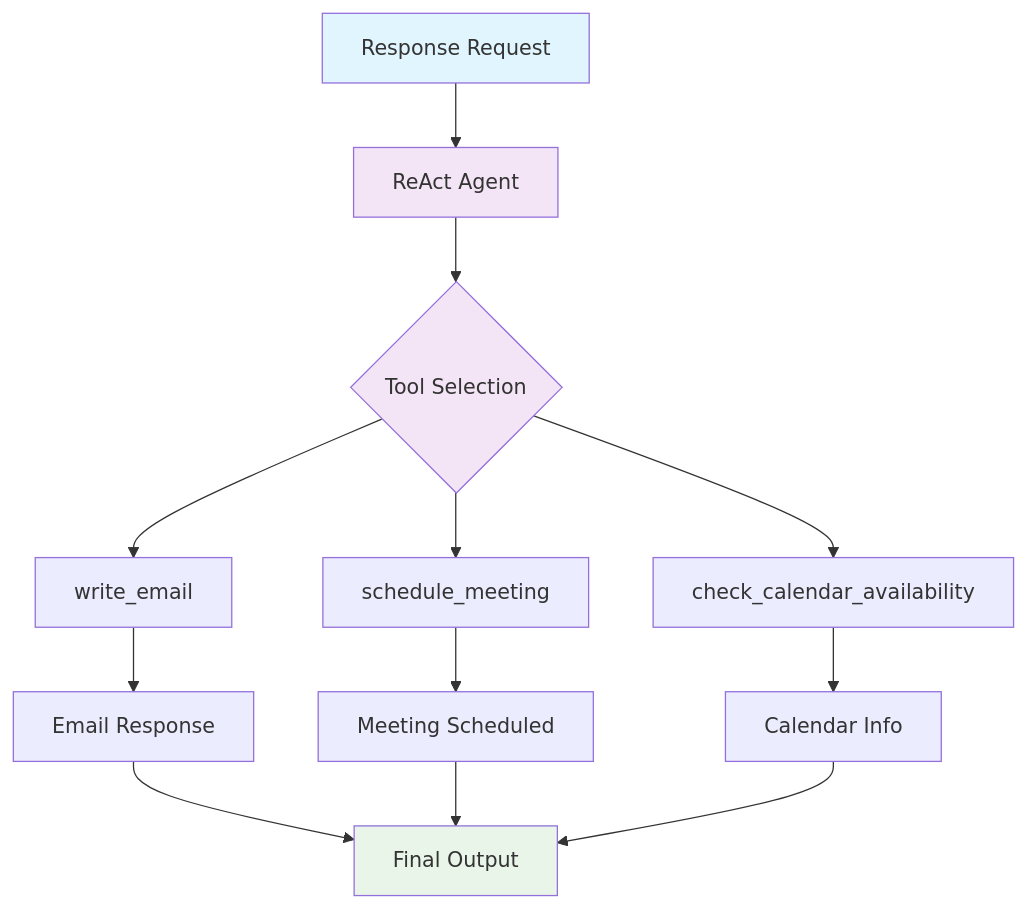
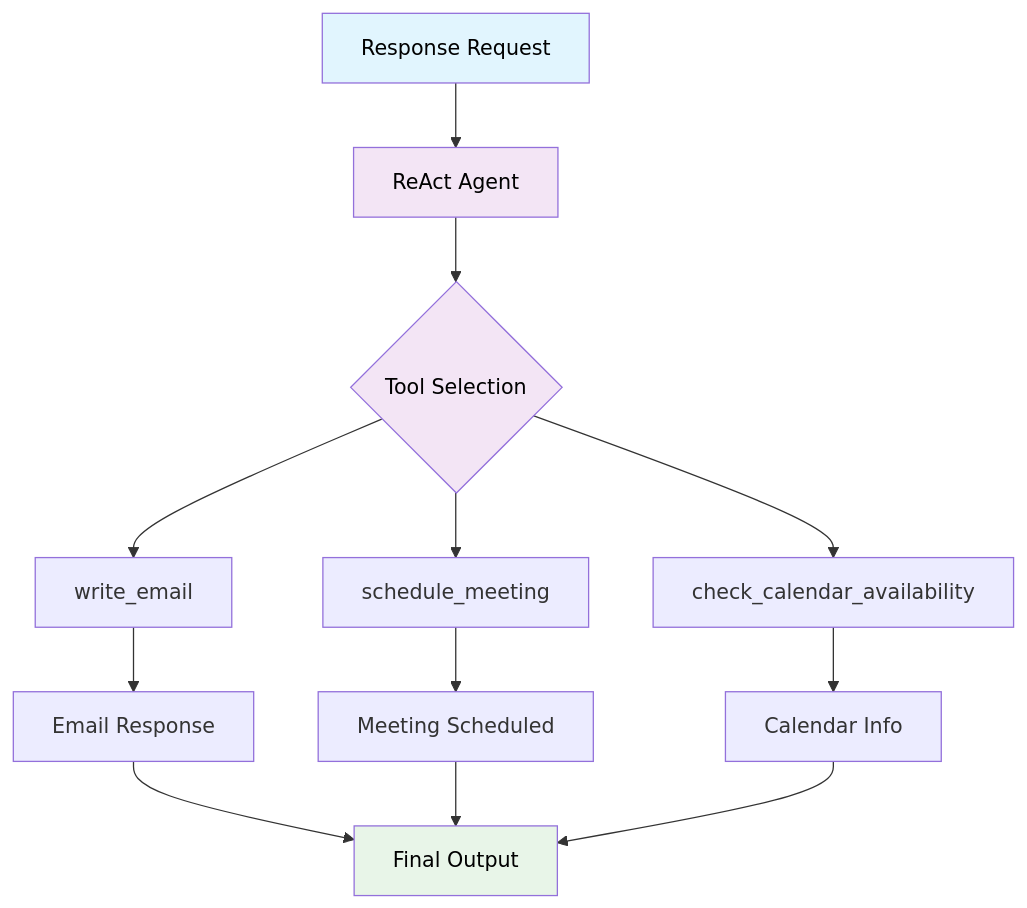
The third of 5 diagrams in LangGraph_Long_Term_Agentic_Memory/2_Baseline_Email_Assistant.md (TaegyunHa/LangChain), drawn with Mermaid before and after one commit. The commit also changed other lines of this file and 11 other files, not shown here.

````diff
--- a/LangGraph_Long_Term_Agentic_Memory/2_Baseline_Email_Assistant.md
+++ b/LangGraph_Long_Term_Agentic_Memory/2_Baseline_Email_Assistant.md
@@ -226,22 +226,22 @@
 ```mermaid
 flowchart TD
     A[Response Request] --> B[ReAct Agent]
     B --> C{Tool Selection}
     
     C --> D[write_email]
     C --> E[schedule_meeting]
     C --> F[check_calendar_availability]
     
     D --> G[Email Response]
     E --> H[Meeting Scheduled]
     F --> I[Calendar Info]
     
     G --> J[Final Output]
     H --> J
     I --> J
     
-    style A fill:#e1f5fe
-    style B fill:#f3e5f5
-    style C fill:#f3e5f5
-    style J fill:#e8f5e8
+    style A fill:#e1f5fe, color:#000
+    style B fill:#f3e5f5, color:#000
+    style C fill:#f3e5f5, color:#000
+    style J fill:#e8f5e8, color:#000
 ```
````
